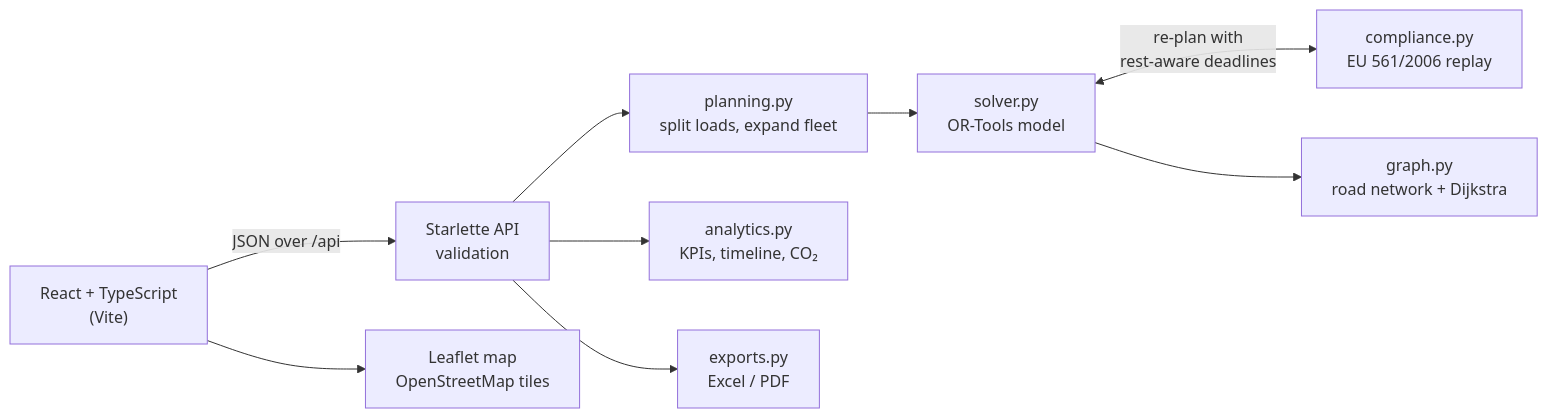
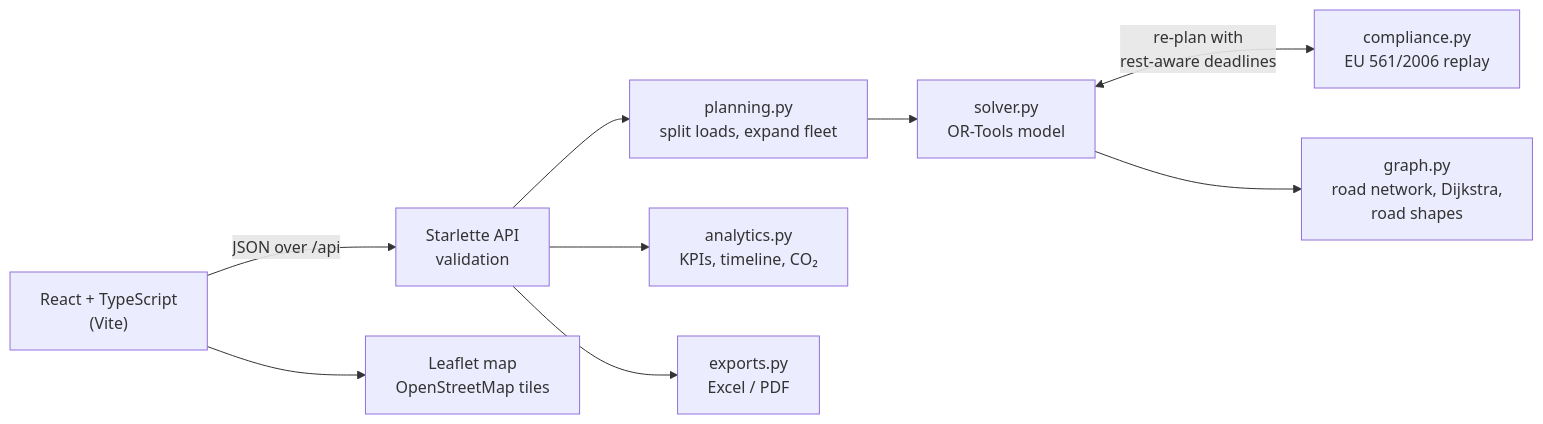
Before and after one commit to CataBulu/FleetRoute: the diagram in README.md, drawn with Mermaid. The commit also changed other lines of this file and 10 other files, not shown here.

````diff
--- a/README.md
+++ b/README.md
@@ -88,11 +93,11 @@
 ```mermaid
 flowchart LR
     UI["React + TypeScript<br/>(Vite)"] -- "JSON over /api" --> API["Starlette API<br/>validation"]
     API --> PLAN["planning.py<br/>split loads, expand fleet"]
     PLAN --> SOLVER["solver.py<br/>OR-Tools model"]
     SOLVER <-->|"re-plan with<br/>rest-aware deadlines"| RULES["compliance.py<br/>EU 561/2006 replay"]
-    SOLVER --> GRAPH["graph.py<br/>road network + Dijkstra"]
+    SOLVER --> GRAPH["graph.py<br/>road network, Dijkstra,<br/>road shapes"]
     API --> ANALYTICS["analytics.py<br/>KPIs, timeline, CO₂"]
     API --> EXPORTS["exports.py<br/>Excel / PDF"]
     UI --> MAP["Leaflet map<br/>OpenStreetMap tiles"]
 ```
````
